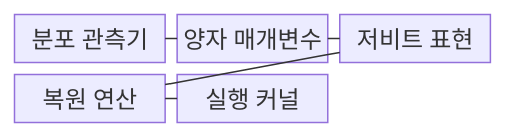
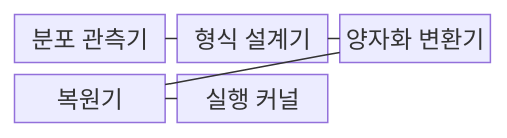
One commit to agnusdei1207/knowledge-base changed the first of 2 diagrams in src/content/docs/notes/08-latest-tech/056_quantization.md. Above: the diagram before and after it, drawn with Mermaid. The commit also changed other lines of this file and 20 other files, not shown here.

````diff
--- a/src/content/docs/notes/08-latest-tech/056_quantization.md
+++ b/src/content/docs/notes/08-latest-tech/056_quantization.md
@@ -71,13 +71,13 @@
 ```mermaid
 block-beta
   columns 3
   observer["분포 관측기"]
-  parameter["양자 매개변수"]
-  value["저비트 표현"]
-  restore["복원 연산"]
+  parameter["형식 설계기"]
+  value["양자화 변환기"]
+  restore["복원기"]
   kernel["실행 커널"]
   observer --- parameter
   parameter --- value
   value --- restore
   restore --- kernel
 ```
````
